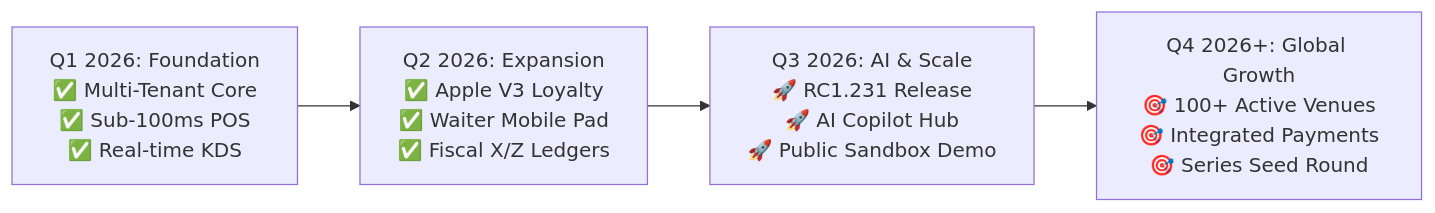
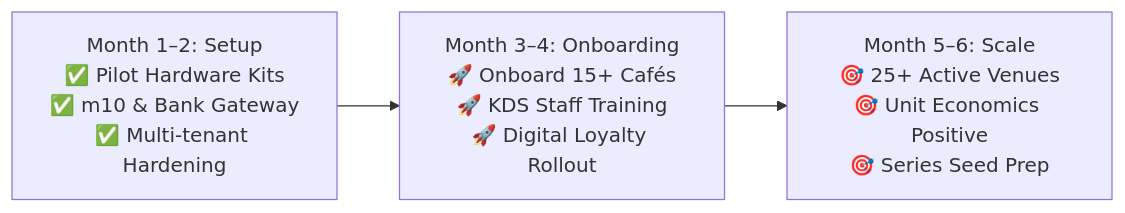
Before and after one commit to Enjoyer09/ironwaves-pos-platform: the diagram in docs/PITCH_DECK.md, drawn with Mermaid. The commit also changed other lines of this file and 2 other files, not shown here.

````diff
--- a/docs/PITCH_DECK.md
+++ b/docs/PITCH_DECK.md
@@ -243,7 +243,6 @@
 ```mermaid
 flowchart LR
-    M1["Q1 2026: Foundation<br/>✅ Multi-Tenant Core<br/>✅ Sub-100ms POS<br/>✅ Real-time KDS"] 
-    --> M2["Q2 2026: Expansion<br/>✅ Apple V3 Loyalty<br/>✅ Waiter Mobile Pad<br/>✅ Fiscal X/Z Ledgers"]
-    --> M3["Q3 2026: AI & Scale<br/>🚀 RC1.231 Release<br/>🚀 AI Copilot Hub<br/>🚀 Public Sandbox Demo"]
-    --> M4["Q4 2026+: Global Growth<br/>🎯 100+ Active Venues<br/>🎯 Integrated Payments<br/>🎯 Series Seed Round"]
+    M1["Month 1–2: Setup<br/>✅ Pilot Hardware Kits<br/>✅ m10 & Bank Gateway<br/>✅ Multi-tenant Hardening"] 
+    --> M2["Month 3–4: Onboarding<br/>🚀 Onboard 15+ Cafés<br/>🚀 KDS Staff Training<br/>🚀 Digital Loyalty Rollout"]
+    --> M3["Month 5–6: Scale<br/>🎯 25+ Active Venues<br/>🎯 Unit Economics Positive<br/>🎯 Series Seed Prep"]
 ```
````
